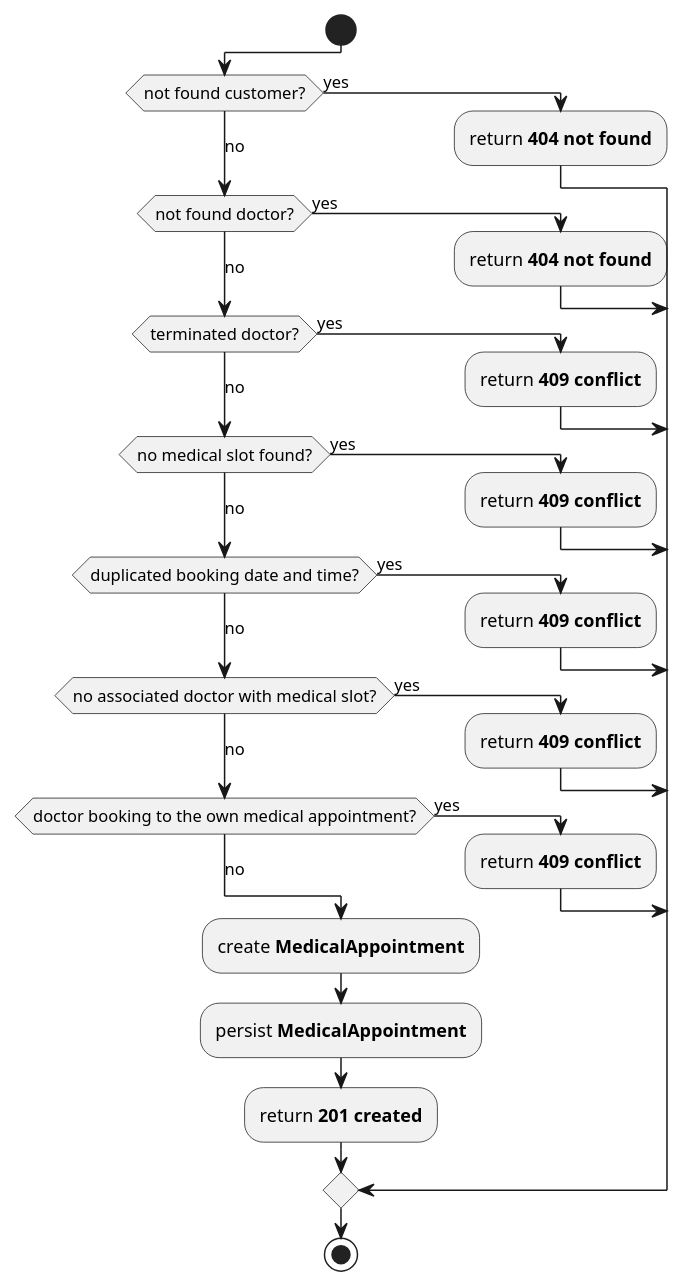
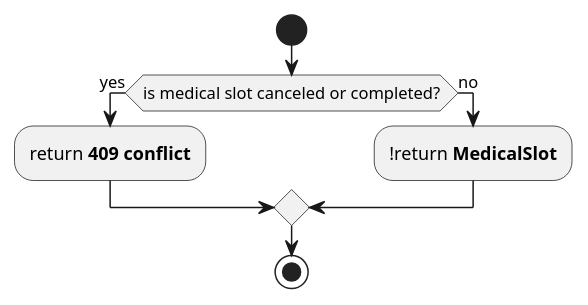
One commit to LazaroDamasceno/Dissertacao-Mestrado changed the diagram in codes/activity_diagram.wsd. Above: the diagram before and after it, drawn with PlantUML. The commit also changed 9 other files, not shown here.

```diff
--- a/codes/activity_diagram.wsd
+++ b/codes/activity_diagram.wsd
@@ -1,36 +1,16 @@
 @startuml
 
 !pragma useVerticalIf on
 
 start
 
-if (not found customer?) then (yes)
-:return **404 not found**;
-
-(no) elseif (not found doctor?) then (yes)
-:return **404 not found**;
-
-(no) elseif (terminated doctor?) then (yes)
-:return **409 conflict**;
-
-(no) elseif (no medical slot found?) then (yes)
-:return **409 conflict**;
-
-(no) elseif (duplicated booking date and time?) then (yes)
-:return **409 conflict**;
-
-(no) elseif (no associated doctor with medical slot?) then (yes)
-:return **409 conflict**;
-
-(no)   elseif (doctor booking to the own medical appointment?) then (yes)
+if (is medical slot canceled or completed?) then (yes)
 :return **409 conflict**;
 
 else (no)
-:create **MedicalAppointment**;
-:persist **MedicalAppointment**;
-:return **201 created**;
+:!return **MedicalSlot**;
 
 endif
 stop
 
 @enduml
```
